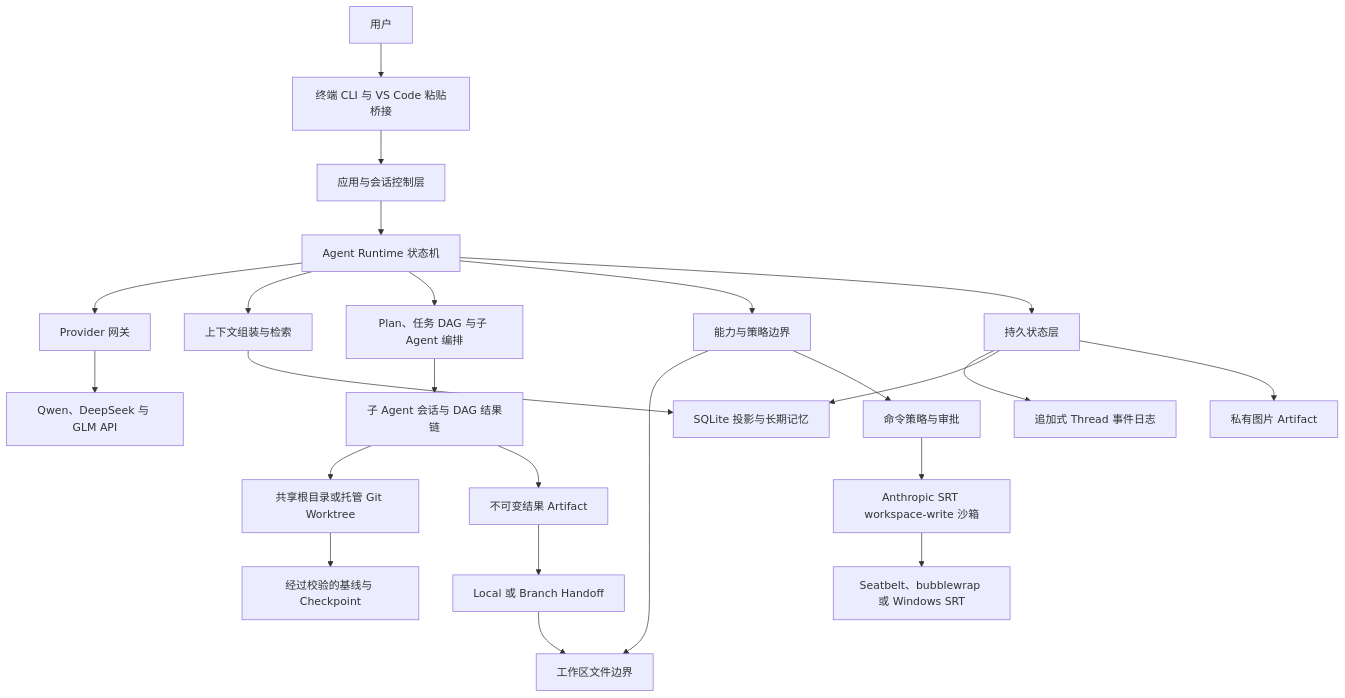
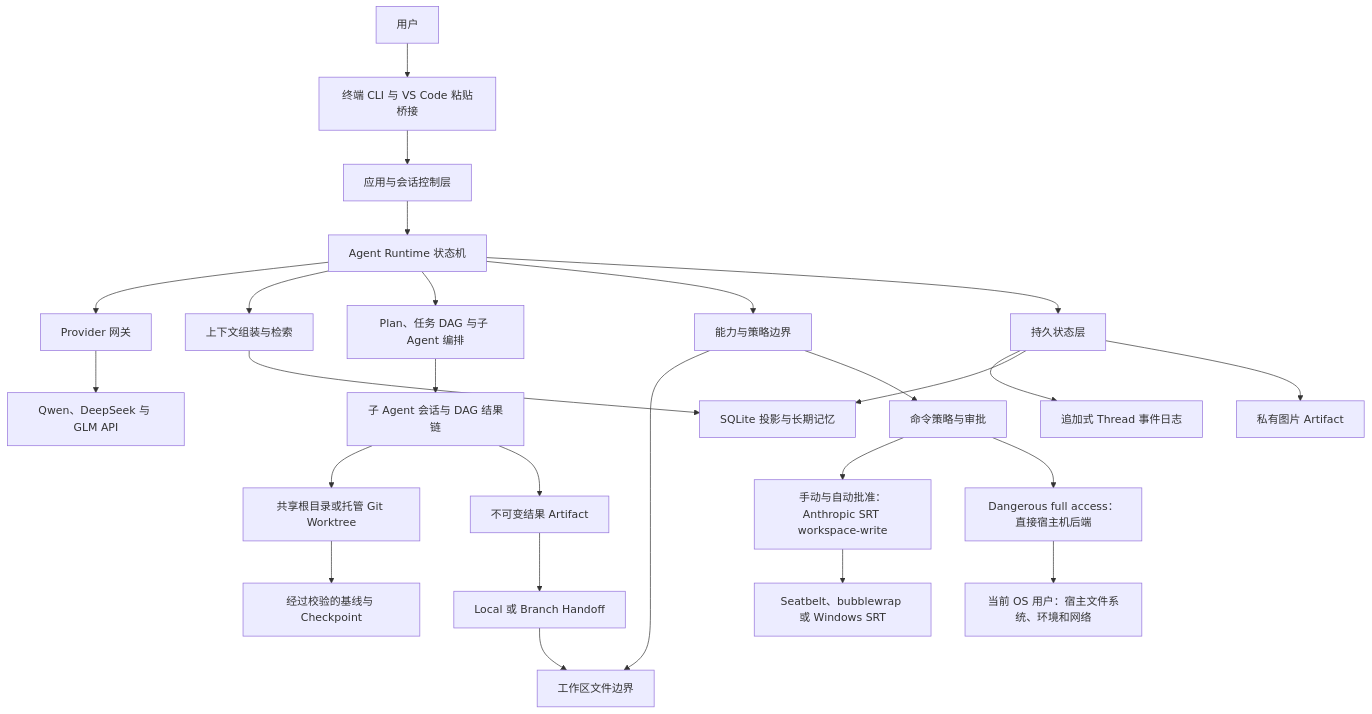
One commit to dd1000001000/EASY_CODE changed the first of 2 diagrams in docs/TECHNICAL_DESIGN_ZH.md. Above: the diagram before and after it, drawn with Mermaid. The commit also changed other lines of this file and 42 other files, not shown here.

````diff
--- a/docs/TECHNICAL_DESIGN_ZH.md
+++ b/docs/TECHNICAL_DESIGN_ZH.md
@@ -26,29 +28,31 @@
 ```mermaid
 flowchart TB
     User[用户] --> UI[终端 CLI 与 VS Code 粘贴桥接]
     UI --> App[应用与会话控制层]
     App --> Runtime[Agent Runtime 状态机]
 
     Runtime --> Provider[Provider 网关]
     Runtime --> Context[上下文组装与检索]
     Runtime --> Orchestration[Plan、任务 DAG 与子 Agent 编排]
     Runtime --> Capabilities[能力与策略边界]
 
     Provider --> APIs[Qwen、DeepSeek 与 GLM API]
     Capabilities --> Workspace[工作区文件边界]
     Capabilities --> Commands[命令策略与审批]
-    Commands --> Sandbox[Anthropic SRT workspace-write 沙箱]
+    Commands --> Sandbox[手动与自动批准：Anthropic SRT workspace-write]
     Sandbox --> OS[Seatbelt、bubblewrap 或 Windows SRT]
+    Commands --> Host[Dangerous full access：直接宿主机后端]
+    Host --> HostOS[当前 OS 用户：宿主文件系统、环境和网络]
     Orchestration --> Children[子 Agent 会话与 DAG 结果链]
     Children --> Environments[共享根目录或托管 Git Worktree]
     Environments --> Snapshots[经过校验的基线与 Checkpoint]
     Children --> Results[不可变结果 Artifact]
     Results --> Handoff[Local 或 Branch Handoff]
     Handoff --> Workspace
 
     Runtime --> State[持久状态层]
     State --> Journal[追加式 Thread 事件日志]
     State --> Database[SQLite 投影与长期记忆]
     State --> Artifacts[私有图片 Artifact]
     Context --> Database
 ```
````
